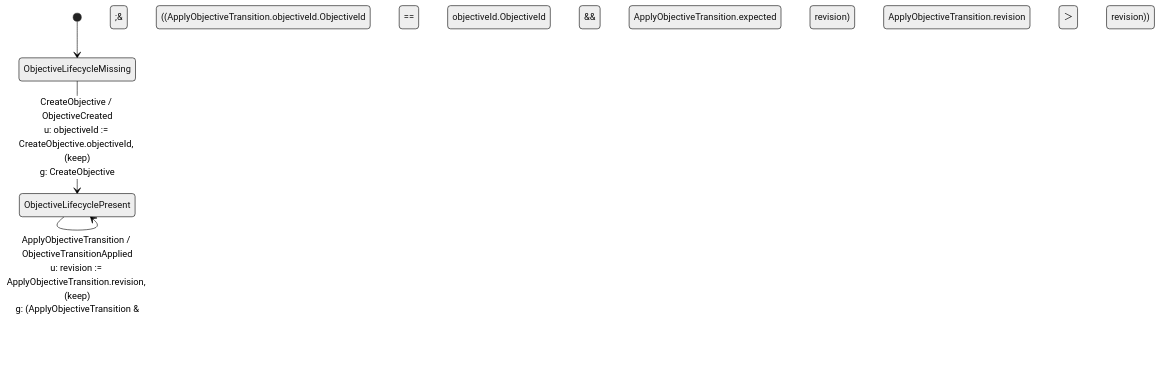
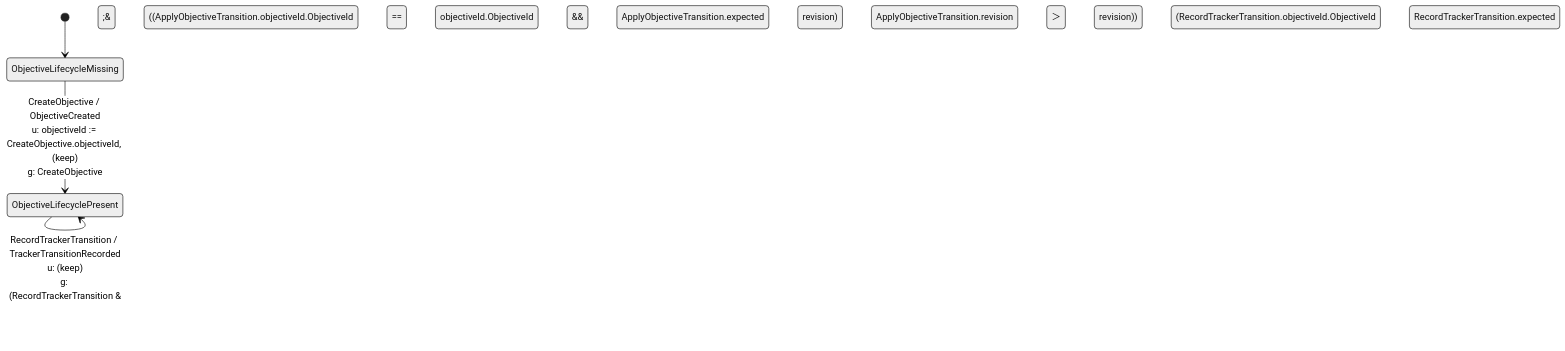
One commit to shinzui/shikigami changed the third of 5 diagrams in docs/architecture/domain-atlas.md. Above: the diagram before and after it, drawn with Mermaid (neutral theme). The commit also changed other lines of this file and 8 other files, not shown here.

First line of the commit message:
fix(workspace): qualify the installed host against current schema

````diff
--- a/docs/architecture/domain-atlas.md
+++ b/docs/architecture/domain-atlas.md
@@ -103,6 +110,7 @@
 ```mermaid
 stateDiagram-v2
     [*] --> ObjectiveLifecycleMissing
     ObjectiveLifecycleMissing --> ObjectiveLifecyclePresent : CreateObjective / ObjectiveCreated<br/>u: objectiveId := CreateObjective.objectiveId, (keep)<br/>g: CreateObjective
     ObjectiveLifecyclePresent --> ObjectiveLifecyclePresent : ApplyObjectiveTransition / ObjectiveTransitionApplied<br/>u: revision := ApplyObjectiveTransition.revision, (keep)<br/>g: (ApplyObjectiveTransition &amp;&amp; ((ApplyObjectiveTransition.objectiveId.ObjectiveId == objectiveId.ObjectiveId &amp;&amp; ApplyObjectiveTransition.expected == revision) &amp;&amp; ApplyObjectiveTransition.revision ＞ revision))
+    ObjectiveLifecyclePresent --> ObjectiveLifecyclePresent : RecordTrackerTransition / TrackerTransitionRecorded<br/>u: (keep)<br/>g: (RecordTrackerTransition &amp;&amp; (RecordTrackerTransition.objectiveId.ObjectiveId == objectiveId.ObjectiveId &amp;&amp; RecordTrackerTransition.expected == revision))
 ```
````
